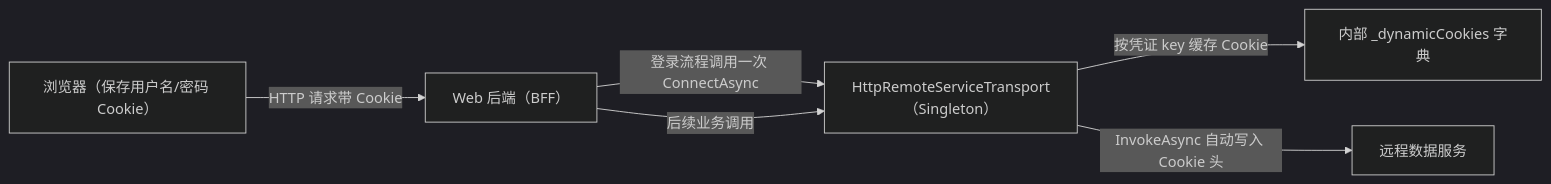
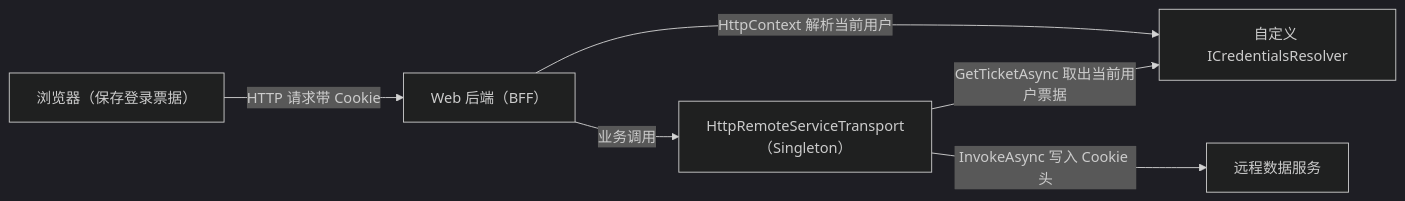
The third of 3 diagrams in docs/03-advanced-topics/09-remote-service.md (danjiewu/LiteOrm), drawn with Mermaid (dark theme) before and after one commit. The commit also changed other lines of this file and 16 other files, not shown here.

````diff
--- a/docs/03-advanced-topics/09-remote-service.md
+++ b/docs/03-advanced-topics/09-remote-service.md
@@ -510,8 +578,8 @@
 ```mermaid
 graph LR
-    Browser["浏览器（保存用户名/密码 Cookie）"] -->|HTTP 请求带 Cookie| Web["Web 后端（BFF）"]
-    Web -->|登录流程调用一次 ConnectAsync| Transport["HttpRemoteServiceTransport（Singleton）"]
-    Transport -->|按凭证 key 缓存 Cookie| Cache["内部 _dynamicCookies 字典"]
-    Web -->|后续业务调用| Transport
-    Transport -->|InvokeAsync 自动写入 Cookie 头| Remote["远程数据服务"]
+    Browser["浏览器（保存登录票据）"] -->|HTTP 请求带 Cookie| Web["Web 后端（BFF）"]
+    Web -->|HttpContext 解析当前用户| Resolver["自定义 ICredentialsResolver"]
+    Web -->|业务调用| Transport["HttpRemoteServiceTransport（Singleton）"]
+    Transport -->|GetTicketAsync 取出当前用户票据| Resolver
+    Transport -->|InvokeAsync 写入 Cookie 头| Remote["远程数据服务"]
 ```
````
